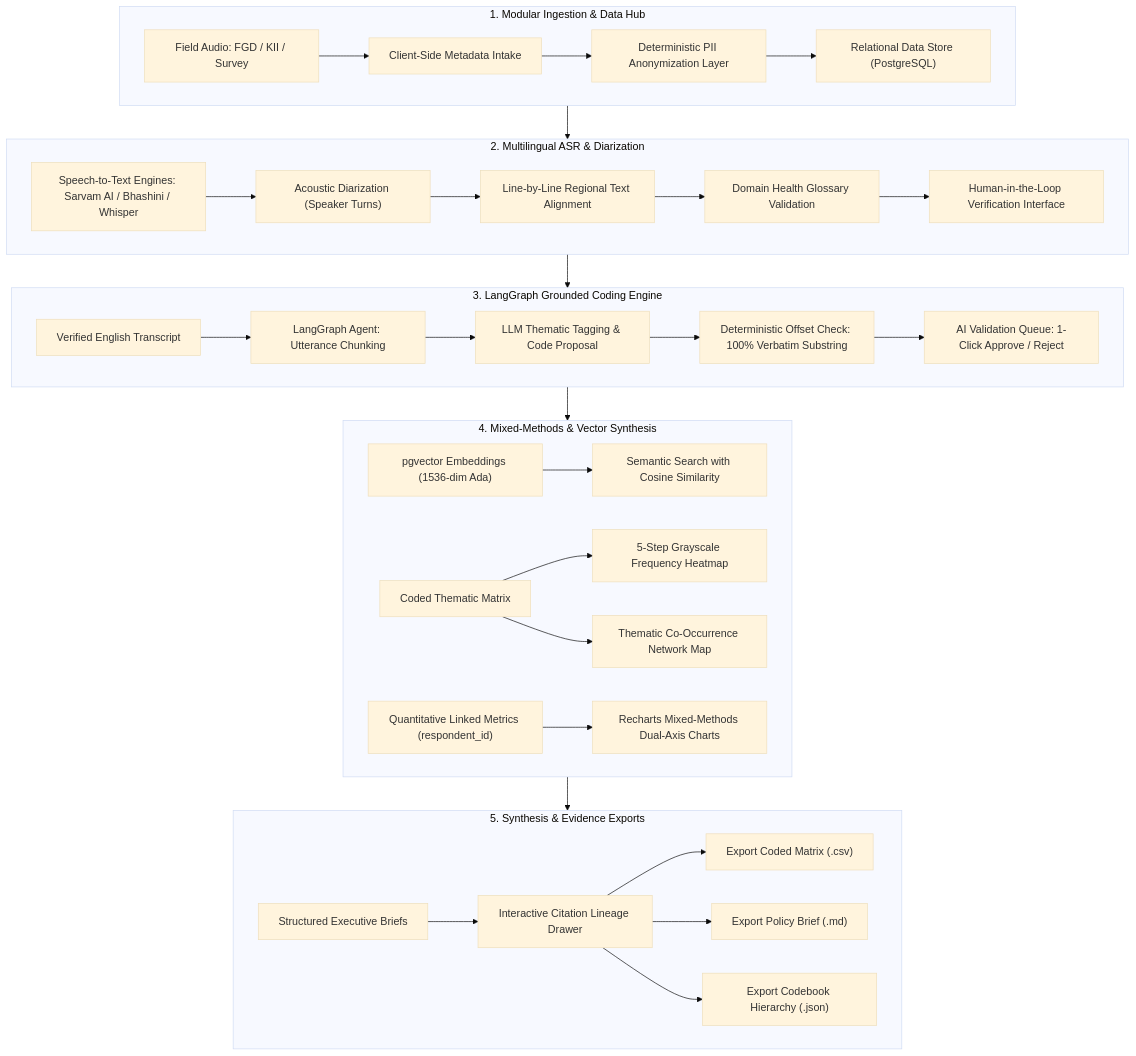
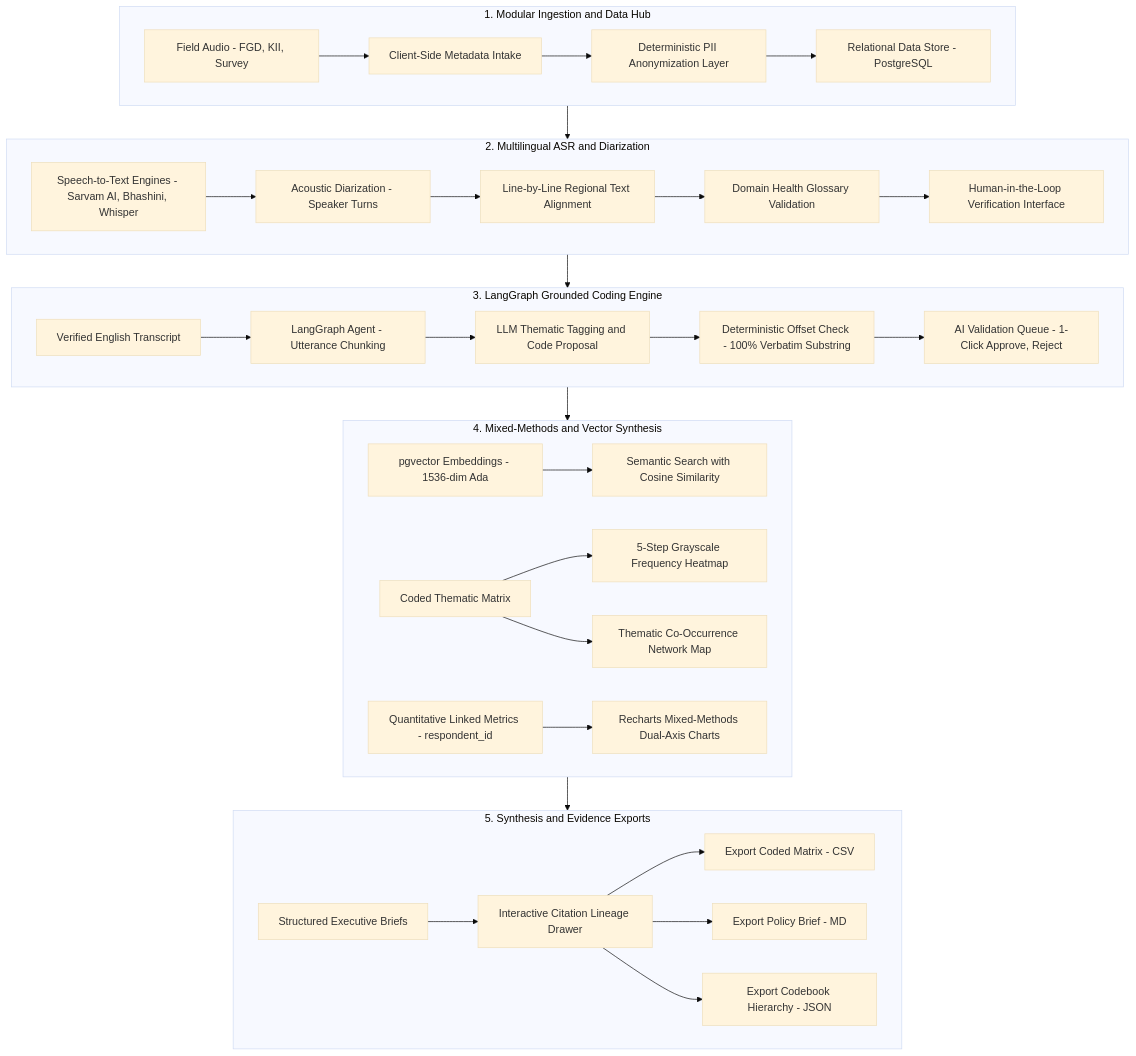
One commit to rajiv-ml/Baala-Labs changed the first of 4 diagrams in README.md. Above: the diagram before and after it, drawn with Mermaid (base theme). The commit also changed other lines of this file, not shown here.

Commit message:
fix(docs): resolve GitHub Mermaid parsing issues in diagrams

````diff
--- a/README.md
+++ b/README.md
@@ -20,41 +20,41 @@
 ```mermaid
 flowchart TD
-    subgraph INGESTION["1. Modular Ingestion & Data Hub"]
-        A1["Field Audio: FGD / KII / Survey"] --> A2["Client-Side Metadata Intake"]
+    subgraph INGESTION["1. Modular Ingestion and Data Hub"]
+        A1["Field Audio - FGD, KII, Survey"] --> A2["Client-Side Metadata Intake"]
         A2 --> A3["Deterministic PII Anonymization Layer"]
-        A3 --> A4["Relational Data Store (PostgreSQL)"]
+        A3 --> A4["Relational Data Store - PostgreSQL"]
     end
 
-    subgraph TRANSCRIPTION["2. Multilingual ASR & Diarization"]
-        B1["Speech-to-Text Engines: Sarvam AI / Bhashini / Whisper"] --> B2["Acoustic Diarization (Speaker Turns)"]
+    subgraph TRANSCRIPTION["2. Multilingual ASR and Diarization"]
+        B1["Speech-to-Text Engines - Sarvam AI, Bhashini, Whisper"] --> B2["Acoustic Diarization - Speaker Turns"]
         B2 --> B3["Line-by-Line Regional Text Alignment"]
         B3 --> B4["Domain Health Glossary Validation"]
         B4 --> B5["Human-in-the-Loop Verification Interface"]
     end
 
     subgraph CODING_PIPELINE["3. LangGraph Grounded Coding Engine"]
-        C1["Verified English Transcript"] --> C2["LangGraph Agent: Utterance Chunking"]
-        C2 --> C3["LLM Thematic Tagging & Code Proposal"]
-        C3 --> C4["Deterministic Offset Check: 100% Verbatim Substring"]
-        C4 --> C5["AI Validation Queue: 1-Click Approve / Reject"]
+        C1["Verified English Transcript"] --> C2["LangGraph Agent - Utterance Chunking"]
+        C2 --> C3["LLM Thematic Tagging and Code Proposal"]
+        C3 --> C4["Deterministic Offset Check - 100% Verbatim Substring"]
+        C4 --> C5["AI Validation Queue - 1-Click Approve, Reject"]
     end
 
-    subgraph ANALYTICS["4. Mixed-Methods & Vector Synthesis"]
-        D1["pgvector Embeddings (1536-dim Ada)"] --> D2["Semantic Search with Cosine Similarity"]
+    subgraph ANALYTICS["4. Mixed-Methods and Vector Synthesis"]
+        D1["pgvector Embeddings - 1536-dim Ada"] --> D2["Semantic Search with Cosine Similarity"]
         D3["Coded Thematic Matrix"] --> D4["5-Step Grayscale Frequency Heatmap"]
-        D5["Quantitative Linked Metrics (respondent_id)"] --> D6["Recharts Mixed-Methods Dual-Axis Charts"]
+        D5["Quantitative Linked Metrics - respondent_id"] --> D6["Recharts Mixed-Methods Dual-Axis Charts"]
         D3 --> D7["Thematic Co-Occurrence Network Map"]
     end
 
-    subgraph REPORTING["5. Synthesis & Evidence Exports"]
+    subgraph REPORTING["5. Synthesis and Evidence Exports"]
         E1["Structured Executive Briefs"] --> E2["Interactive Citation Lineage Drawer"]
-        E2 --> E3["Export Coded Matrix (.csv)"]
-        E2 --> E4["Export Policy Brief (.md)"]
-        E2 --> E5["Export Codebook Hierarchy (.json)"]
+        E2 --> E3["Export Coded Matrix - CSV"]
+        E2 --> E4["Export Policy Brief - MD"]
+        E2 --> E5["Export Codebook Hierarchy - JSON"]
     end
 
     INGESTION --> TRANSCRIPTION
     TRANSCRIPTION --> CODING_PIPELINE
     CODING_PIPELINE --> ANALYTICS
     ANALYTICS --> REPORTING
 ```
````
